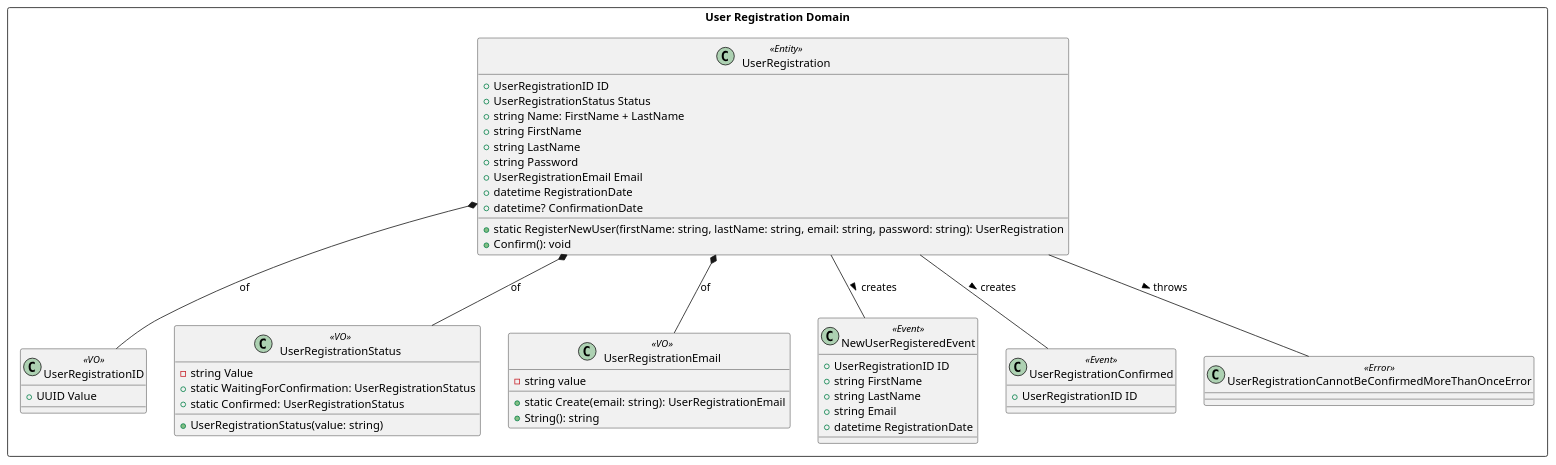
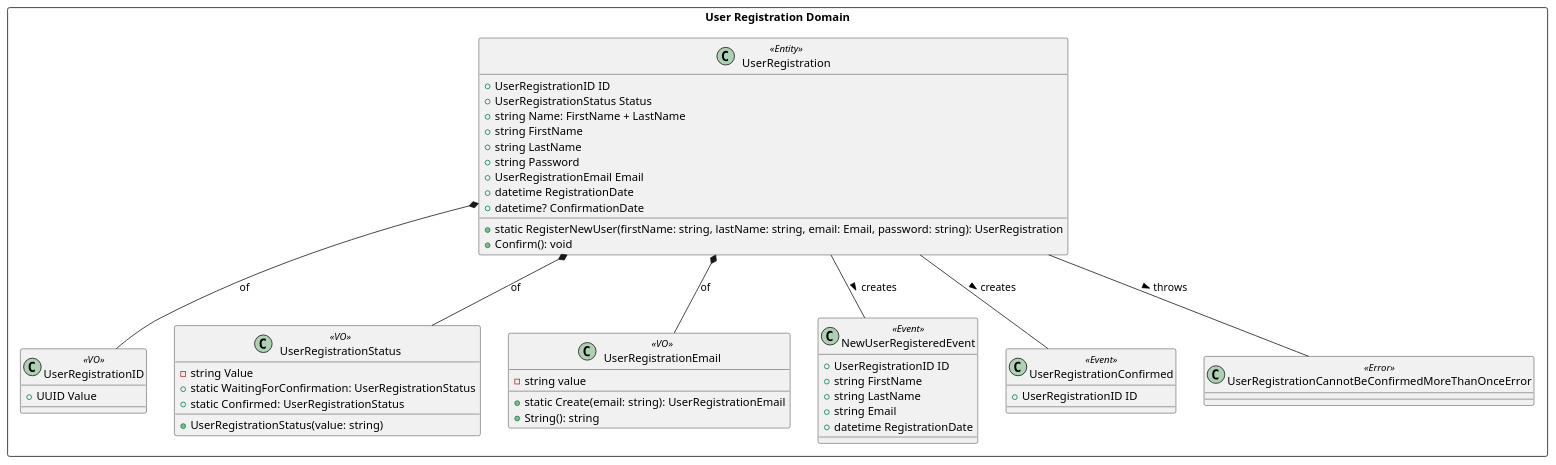
Before and after one commit to nalkhovikleverx/GoEdu: the diagram in docs/C4/C4-Code/user-registration/user-registration-domain.puml, drawn with PlantUML. The commit also changed 4 other files, not shown here.

```diff
--- a/docs/C4/C4-Code/user-registration/user-registration-domain.puml
+++ b/docs/C4/C4-Code/user-registration/user-registration-domain.puml
@@ -1,59 +1,59 @@
 @startuml C4-UserRegistration-Domain
 
 package "User Registration Domain"  << Rectangle >> {
 
     class UserRegistrationID << VO >> {
         + UUID Value
     }
 
     class UserRegistration << Entity >> {
         + UserRegistrationID ID
         + UserRegistrationStatus Status
         + string Name: FirstName + LastName
         + string FirstName
         + string LastName
         + string Password
         + UserRegistrationEmail Email
         + datetime RegistrationDate
         + datetime? ConfirmationDate
 
-        + static RegisterNewUser(firstName: string, lastName: string, email: string, password: string): UserRegistration
+        + static RegisterNewUser(firstName: string, lastName: string, email: Email, password: string): UserRegistration
         + Confirm(): void
     }
 
     class UserRegistrationStatus << VO >> {
         - string Value
         + UserRegistrationStatus(value: string)
         + static WaitingForConfirmation: UserRegistrationStatus
         + static Confirmed: UserRegistrationStatus
     }
 
     class UserRegistrationEmail << VO >> {
         - string value
         + static Create(email: string): UserRegistrationEmail
         + String(): string
     }
 
     class NewUserRegisteredEvent << Event >> {
         + UserRegistrationID ID
         + string FirstName
         + string LastName
         + string Email
         + datetime RegistrationDate
     }
 
     class UserRegistrationConfirmed << Event >> {
         + UserRegistrationID ID
     }
 
     class UserRegistrationCannotBeConfirmedMoreThanOnceError << Error >> {}
 
     UserRegistration *-- UserRegistrationID : of
     UserRegistration *-- UserRegistrationStatus : of
     UserRegistration *-- UserRegistrationEmail : of
     UserRegistration -- UserRegistrationCannotBeConfirmedMoreThanOnceError: throws >
     UserRegistration -- NewUserRegisteredEvent: creates >
     UserRegistration -- UserRegistrationConfirmed: creates >
 }
 
 @enduml
```
